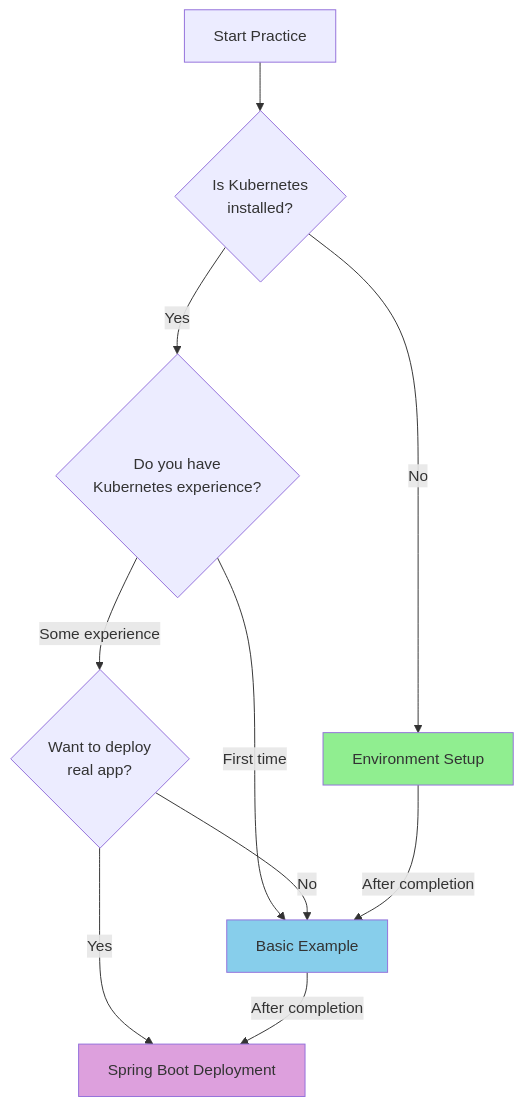
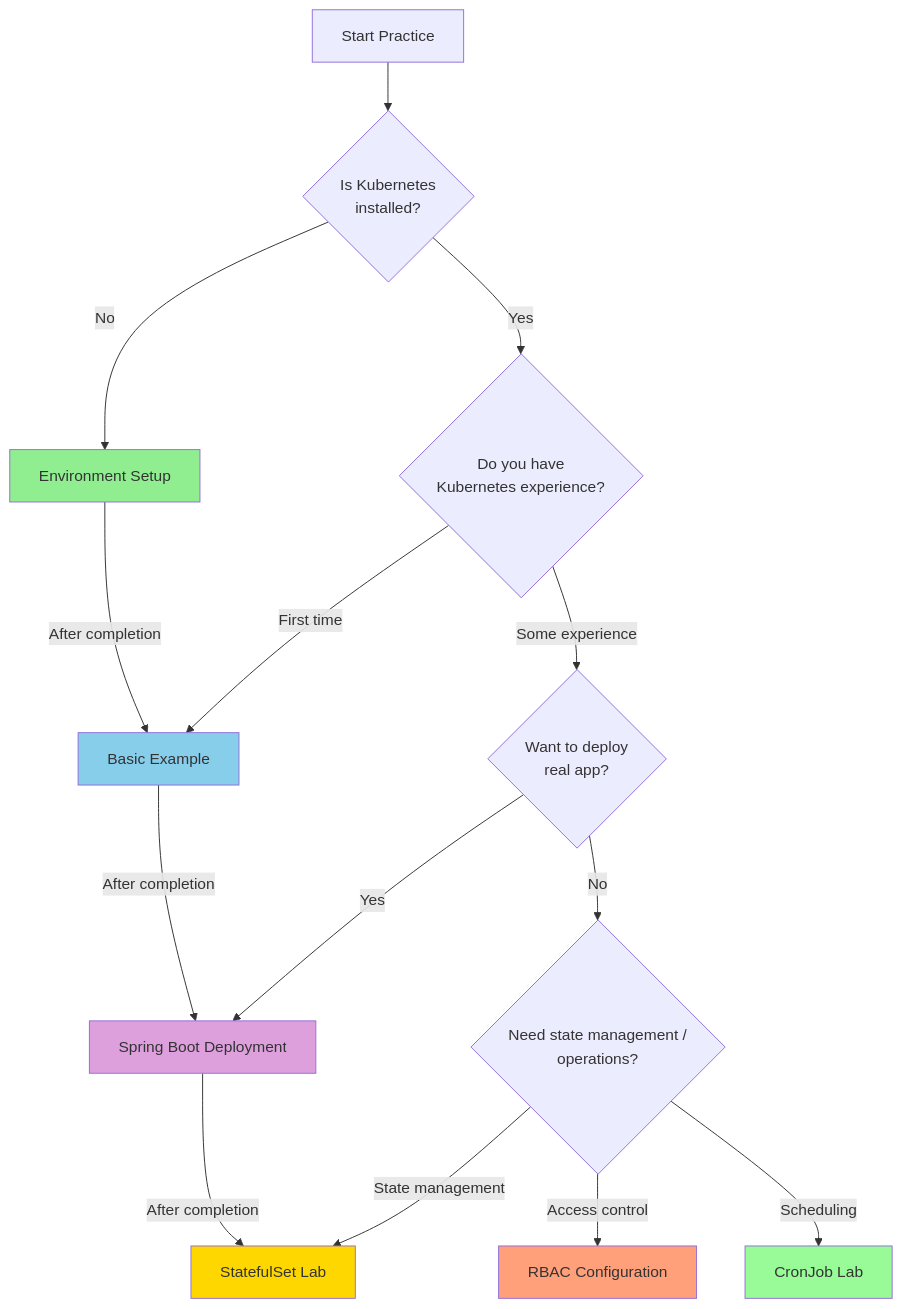
Before and after one commit to advanced-beginner/advanced-beginner.github.io: the diagram in content/en/docs/kubernetes/examples/_index.md, drawn with Mermaid. The commit also changed other lines of this file and 9 other files, not shown here.

````diff
--- a/content/en/docs/kubernetes/examples/_index.md
+++ b/content/en/docs/kubernetes/examples/_index.md
@@ -17,20 +17,28 @@
 ```mermaid
 flowchart TD
     START[Start Practice] --> Q1{Is Kubernetes<br>installed?}
 
     Q1 -->|No| A[Environment Setup]
     Q1 -->|Yes| Q2{Do you have<br>Kubernetes experience?}
 
     Q2 -->|First time| B[Basic Example]
     Q2 -->|Some experience| Q3{Want to deploy<br>real app?}
 
     Q3 -->|Yes| C[Spring Boot Deployment]
-    Q3 -->|No| B
+    Q3 -->|No| Q4{Need state management /<br>operations?}
+
+    Q4 -->|State management| D[StatefulSet Lab]
+    Q4 -->|Access control| E[RBAC Configuration]
+    Q4 -->|Scheduling| F[CronJob Lab]
 
     A -->|After completion| B
     B -->|After completion| C
+    C -->|After completion| D
 
     style A fill:#90EE90
     style B fill:#87CEEB
     style C fill:#DDA0DD
+    style D fill:#FFD700
+    style E fill:#FFA07A
+    style F fill:#98FB98
 ```
````
